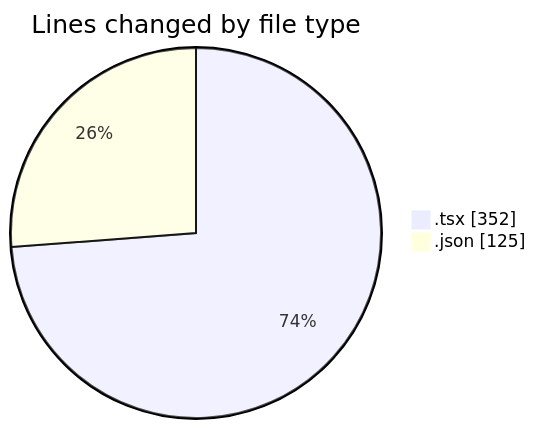
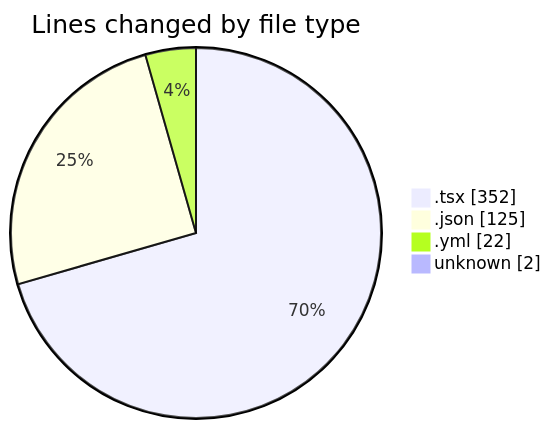
The first of 2 diagrams in 2025-11-21/eventscop-frontend-guide__workspace_/README.md (julien-gomy/code-tracking), drawn with Mermaid before and after one commit. The commit also changed other lines of this file and 1 other file, not shown here.

````diff
--- a/2025-11-21/eventscop-frontend-guide__workspace_/README.md
+++ b/2025-11-21/eventscop-frontend-guide__workspace_/README.md
@@ -27,6 +29,8 @@
 ```mermaid
 pie showData
 title Lines changed by file type
 ".tsx" : 352
 ".json" : 125
+".yml" : 22
+"unknown" : 2
 ```
````
